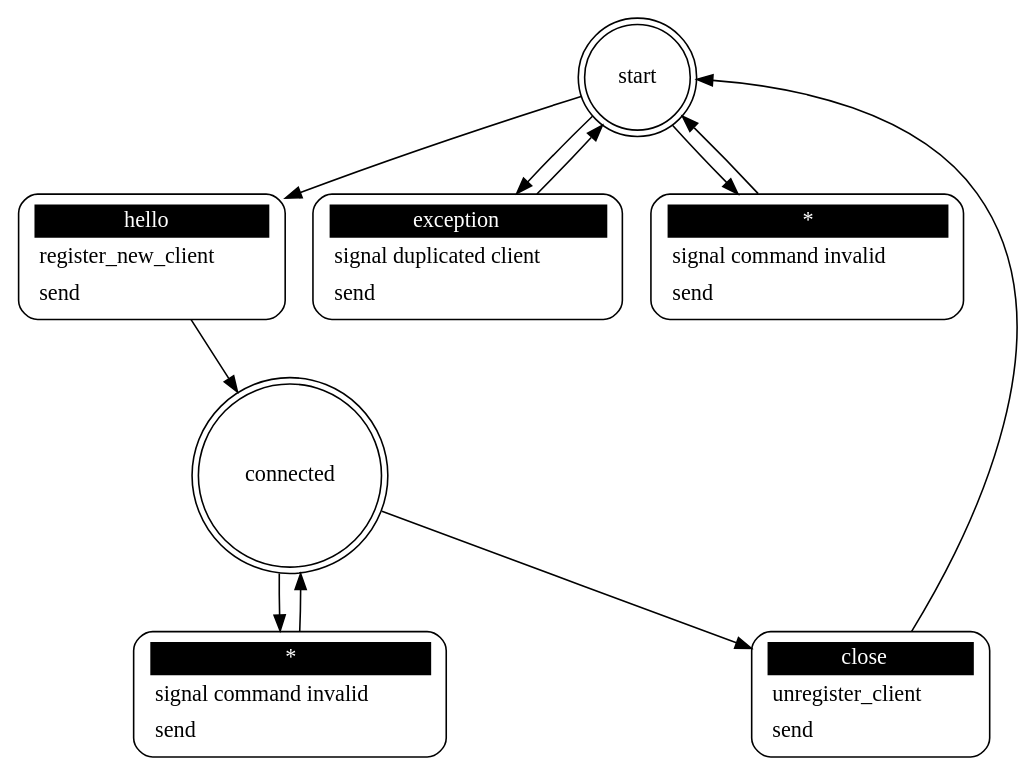
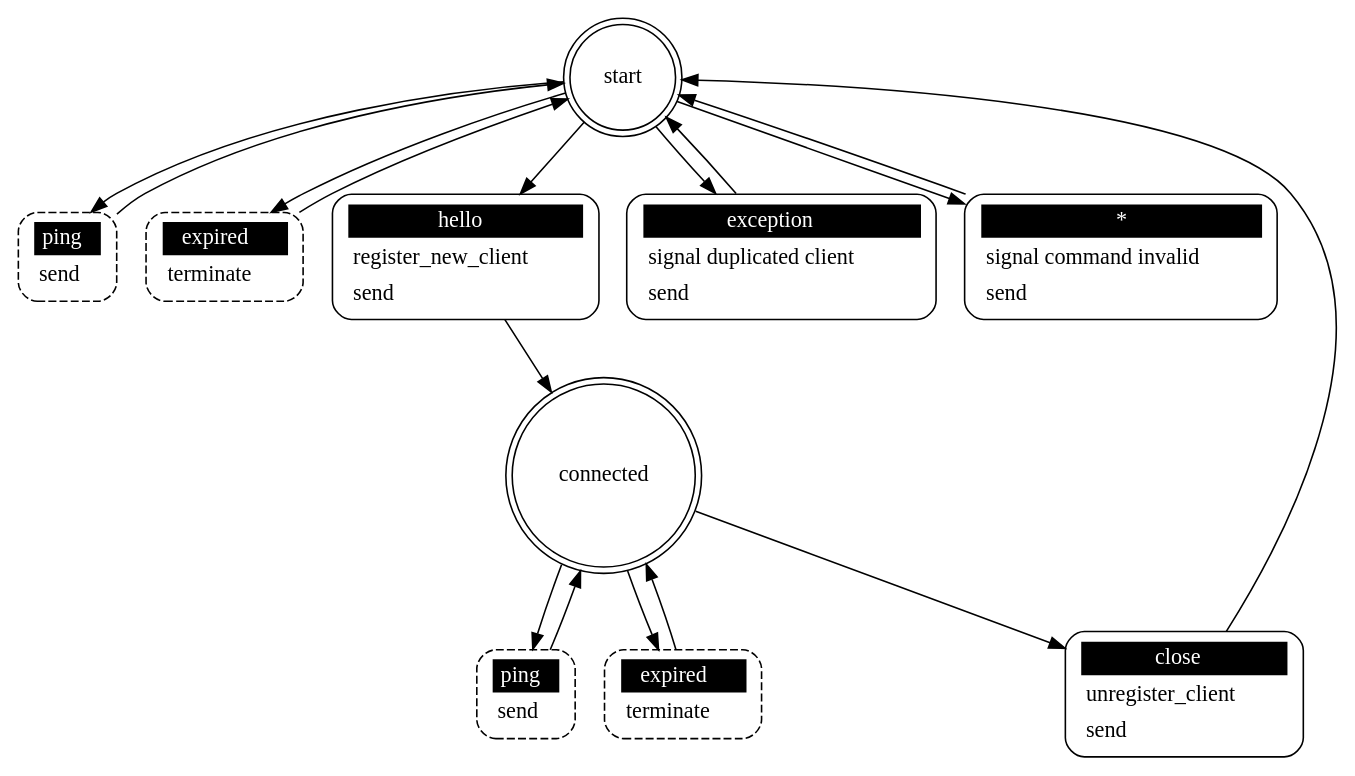
The diagram in src/joex_server.dot (eaton-bob/joex), drawn with Graphviz before and after one commit. The commit also changed 5 other files, not shown here.

```diff
--- a/src/joex_server.dot
+++ b/src/joex_server.dot
@@ -1,22 +1,31 @@
 ## Automatically generated from joex_server.xml by gsl
 digraph "joex_server" {
 
  "start" [shape = "doublecircle"];
+ "start ping" [shape = "Mrecord" style = dashed label = <<table border="0" cellborder="0" cellpadding="3" bgcolor="white"><tr><td bgcolor="black" align="center" colspan="2"><font color="white">ping</font></td></tr><tr><td align="left" port="r3">send</td></tr></table>>];
+ "start" -> "start ping";
+ "start ping" -> "start";
+ "start expired" [shape = "Mrecord" style = dashed label = <<table border="0" cellborder="0" cellpadding="3" bgcolor="white"><tr><td bgcolor="black" align="center" colspan="2"><font color="white">expired</font></td></tr><tr><td align="left" port="r3">terminate</td></tr></table>>];
+ "start" -> "start expired";
+ "start expired" -> "start";
  "start hello" [shape = "Mrecord" style = solid label = <<table border="0" cellborder="0" cellpadding="3" bgcolor="white"><tr><td bgcolor="black" align="center" colspan="2"><font color="white">hello</font></td></tr><tr><td align="left" port="r3">register_new_client</td></tr><tr><td align="left" port="r3">send</td></tr></table>>];
  "start" -> "start hello";
  "start hello" -> "connected";
  "start exception" [shape = "Mrecord" style = solid label = <<table border="0" cellborder="0" cellpadding="3" bgcolor="white"><tr><td bgcolor="black" align="center" colspan="2"><font color="white">exception</font></td></tr><tr><td align="left" port="r3">signal duplicated client</td></tr><tr><td align="left" port="r3">send</td></tr></table>>];
  "start" -> "start exception";
  "start exception" -> "start";
  "start *" [shape = "Mrecord" style = solid label = <<table border="0" cellborder="0" cellpadding="3" bgcolor="white"><tr><td bgcolor="black" align="center" colspan="2"><font color="white">*</font></td></tr><tr><td align="left" port="r3">signal command invalid</td></tr><tr><td align="left" port="r3">send</td></tr></table>>];
  "start" -> "start *";
  "start *" -> "start";
 
  "connected" [shape = "doublecircle"];
+ "connected ping" [shape = "Mrecord" style = dashed label = <<table border="0" cellborder="0" cellpadding="3" bgcolor="white"><tr><td bgcolor="black" align="center" colspan="2"><font color="white">ping</font></td></tr><tr><td align="left" port="r3">send</td></tr></table>>];
+ "connected" -> "connected ping";
+ "connected ping" -> "connected";
+ "connected expired" [shape = "Mrecord" style = dashed label = <<table border="0" cellborder="0" cellpadding="3" bgcolor="white"><tr><td bgcolor="black" align="center" colspan="2"><font color="white">expired</font></td></tr><tr><td align="left" port="r3">terminate</td></tr></table>>];
+ "connected" -> "connected expired";
+ "connected expired" -> "connected";
  "connected close" [shape = "Mrecord" style = solid label = <<table border="0" cellborder="0" cellpadding="3" bgcolor="white"><tr><td bgcolor="black" align="center" colspan="2"><font color="white">close</font></td></tr><tr><td align="left" port="r3">unregister_client</td></tr><tr><td align="left" port="r3">send</td></tr></table>>];
  "connected" -> "connected close";
  "connected close" -> "start";
- "connected *" [shape = "Mrecord" style = solid label = <<table border="0" cellborder="0" cellpadding="3" bgcolor="white"><tr><td bgcolor="black" align="center" colspan="2"><font color="white">*</font></td></tr><tr><td align="left" port="r3">signal command invalid</td></tr><tr><td align="left" port="r3">send</td></tr></table>>];
- "connected" -> "connected *";
- "connected *" -> "connected";
 }
```
